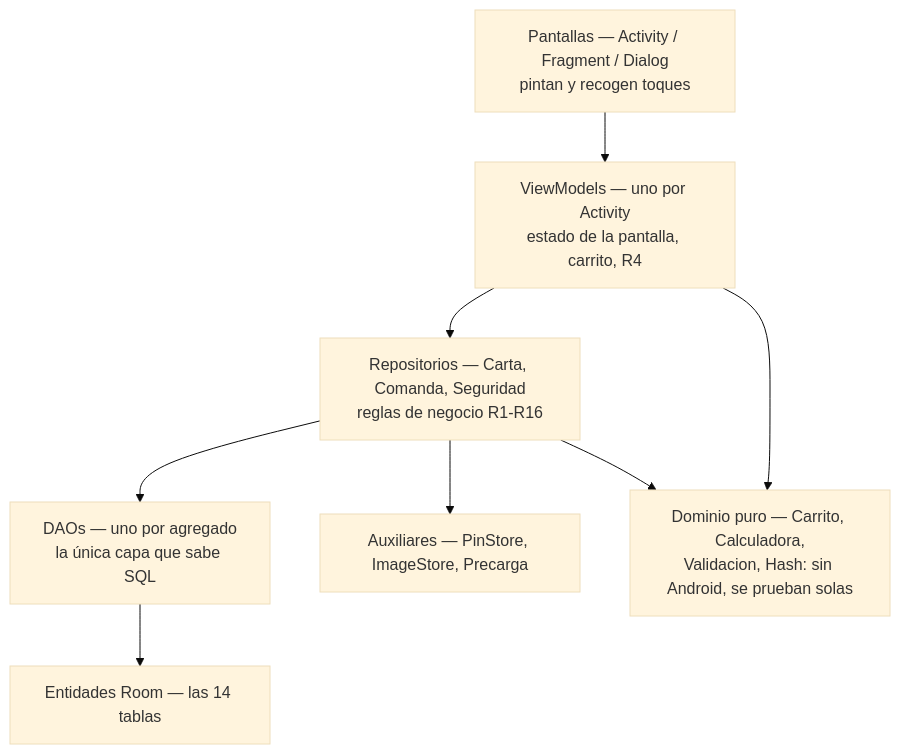
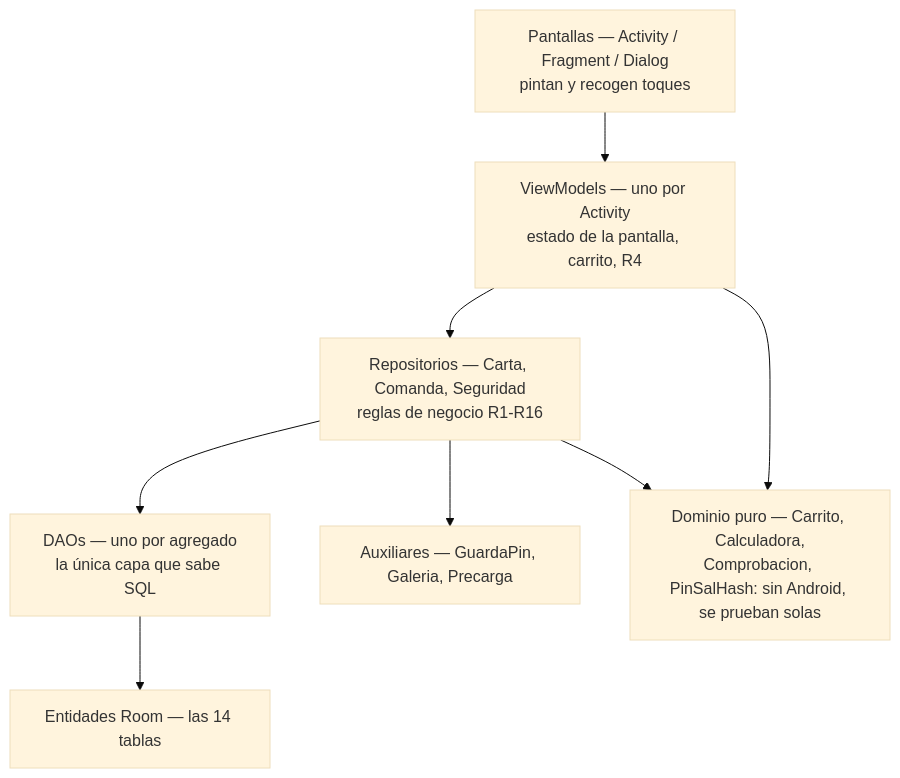
One commit to dhuaniel-dot/ako changed the first of 6 diagrams in docs/spec+doc-clases.md. Above: the diagram before and after it, drawn with Mermaid (base theme). The commit also changed other lines of this file and 31 other files, not shown here.

````diff
--- a/docs/spec+doc-clases.md
+++ b/docs/spec+doc-clases.md
@@ -46,10 +47,10 @@
 ```mermaid
 flowchart TB
     P["Pantallas — Activity / Fragment / Dialog<br/>pintan y recogen toques"] --> VM["ViewModels — uno por Activity<br/>estado de la pantalla, carrito, R4"]
     VM --> R["Repositorios — Carta, Comanda, Seguridad<br/>reglas de negocio R1-R16"]
     R --> D["DAOs — uno por agregado<br/>la única capa que sabe SQL"]
     D --> E["Entidades Room — las 14 tablas"]
-    R --> X["Auxiliares — PinStore, ImageStore, Precarga"]
-    VM --> DOM["Dominio puro — Carrito, Calculadora,<br/>Validacion, Hash: sin Android, se prueban solas"]
+    R --> X["Auxiliares — GuardaPin, Galeria, Precarga"]
+    VM --> DOM["Dominio puro — Carrito, Calculadora,<br/>Comprobacion, PinSalHash: sin Android, se prueban solas"]
     R --> DOM
 ```
````
